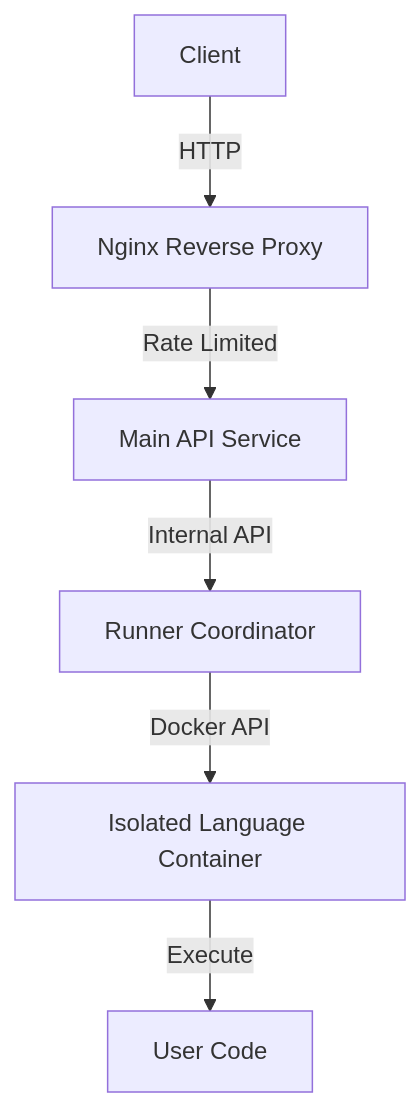
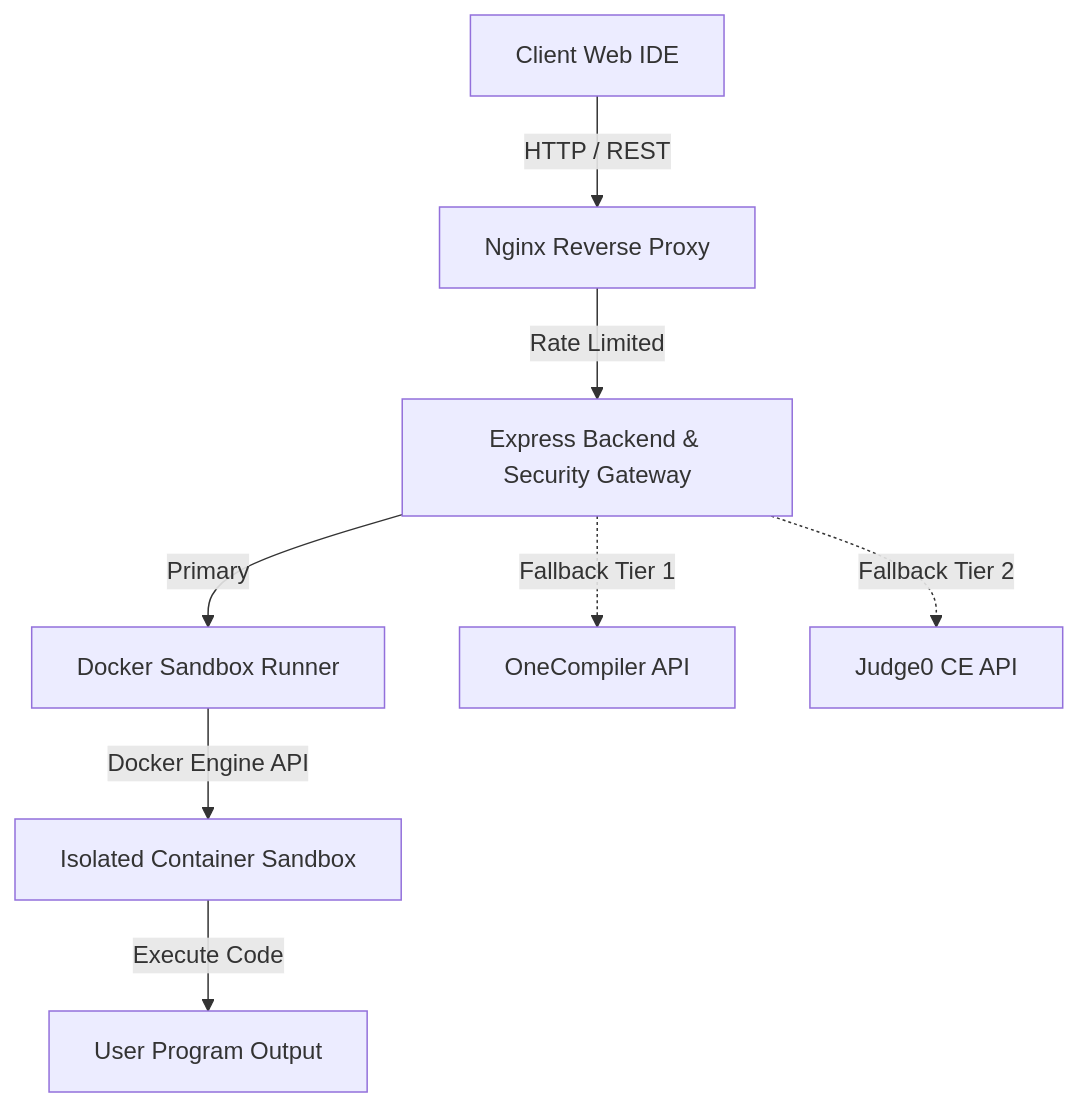
Before and after one commit to MrAdrsMishra/compiler: the diagram in README.md, drawn with Mermaid. The commit also changed other lines of this file and 14 other files, not shown here.

````diff
--- a/README.md
+++ b/README.md
@@ -22,8 +39,10 @@
 ```mermaid
 graph TD
-    Client[Client] -->|HTTP| Nginx[Nginx Reverse Proxy]
-    Nginx -->|Rate Limited| Backend[Main API Service]
-    Backend -->|Internal API| Runner[Runner Coordinator]
-    Runner -->|Docker API| Sandbox[Isolated Language Container]
-    Sandbox -->|Execute| UserCode[User Code]
+    Client[Client Web IDE] -->|HTTP / REST| Nginx[Nginx Reverse Proxy]
+    Nginx -->|Rate Limited| Gateway[Express Backend & Security Gateway]
+    Gateway -->|Primary| CustomRunner[Docker Sandbox Runner]
+    CustomRunner -->|Docker Engine API| Containers[Isolated Container Sandbox]
+    Gateway -.->|Fallback Tier 1| OneCompiler[OneCompiler API]
+    Gateway -.->|Fallback Tier 2| Judge0[Judge0 CE API]
+    Containers -->|Execute Code| UserCode[User Program Output]
 ```
````
